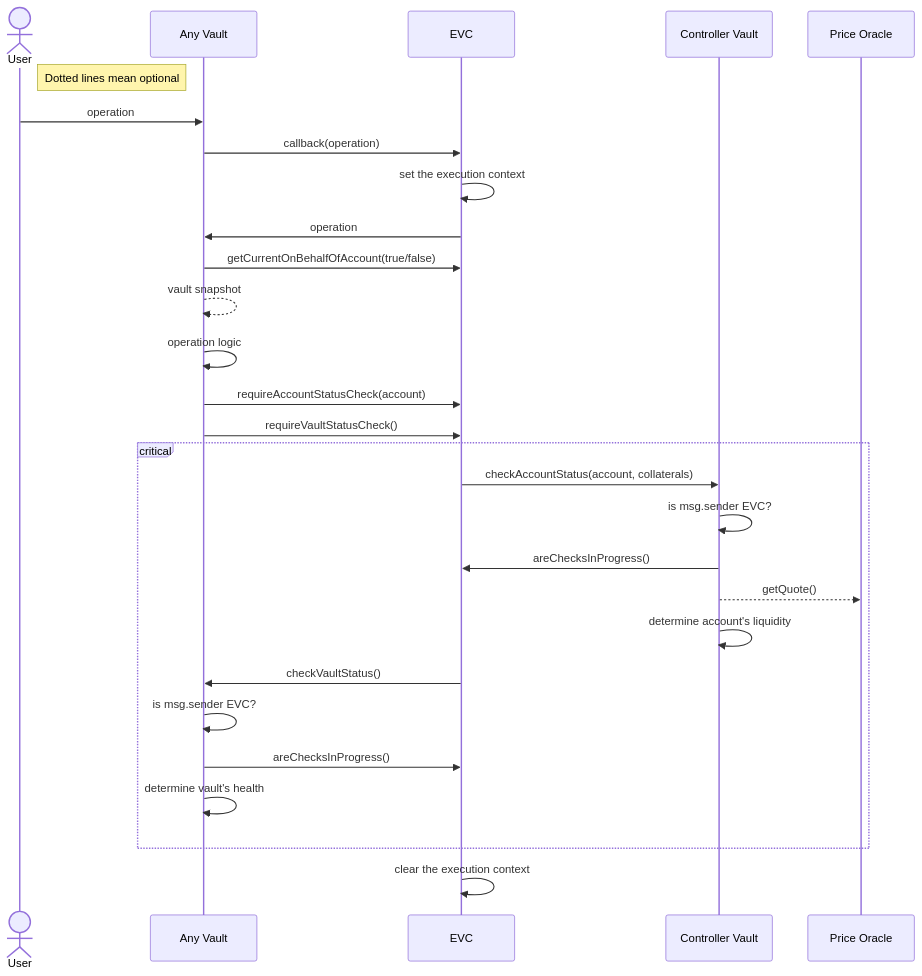
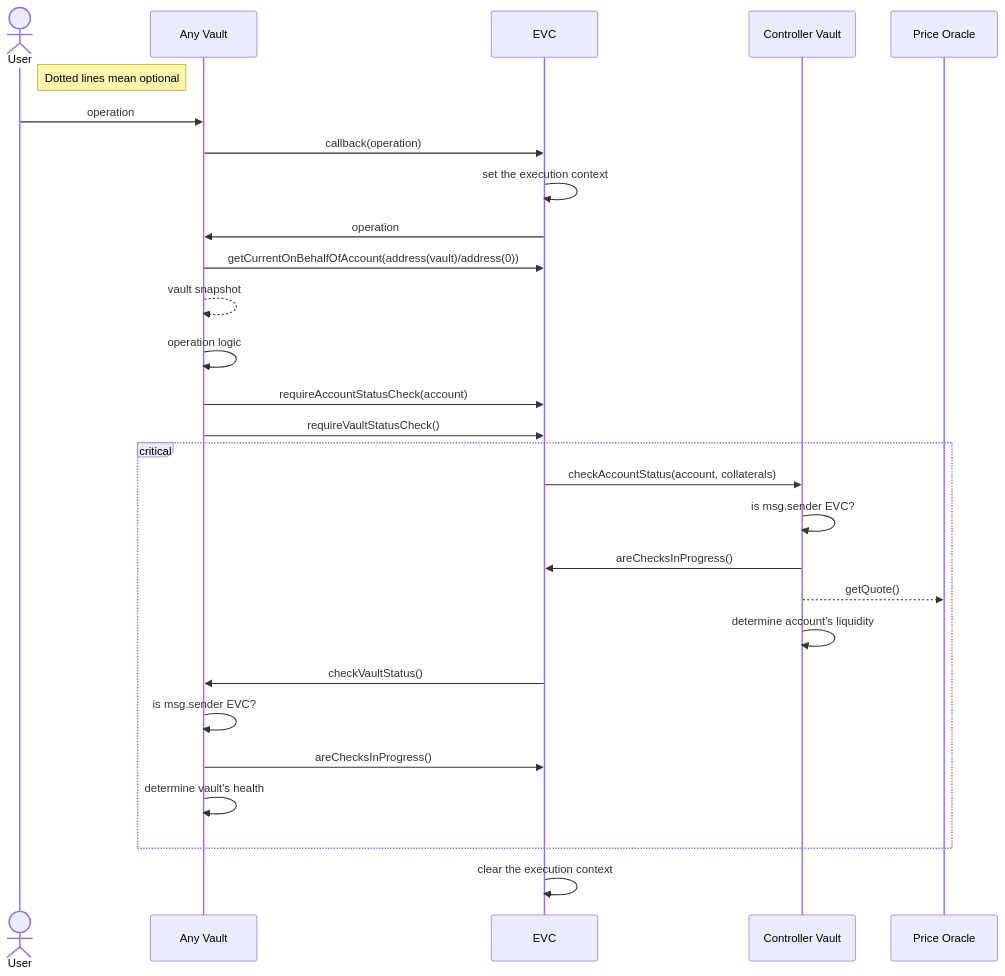
Before and after one commit to seinj0312/ethereum-vault-connector: the diagram in docs/diagrams/Direct Vault Interaction Sequence.md, drawn with Mermaid. The commit also changed 7 other files, not shown here.

````diff
--- a/docs/diagrams/Direct Vault Interaction Sequence.md
+++ b/docs/diagrams/Direct Vault Interaction Sequence.md
@@ -1,34 +1,34 @@
 ```mermaid
 sequenceDiagram
     actor User
     Note right of User: Dotted lines mean optional
     participant Any Vault
     participant EVC
     participant Controller Vault
     participant Price Oracle
 
     User->>Any Vault: operation
     Any Vault->>EVC: callback(operation)
     EVC->>EVC: set the execution context
     EVC->>Any Vault: operation
-    Any Vault->>EVC: getCurrentOnBehalfOfAccount(true/false)
+    Any Vault->>EVC: getCurrentOnBehalfOfAccount(address(vault)/address(0))
     Any Vault-->>Any Vault: vault snapshot
     Any Vault->>Any Vault: operation logic
     Any Vault->>EVC: requireAccountStatusCheck(account)
     Any Vault->>EVC: requireVaultStatusCheck()
 
     critical
         EVC->>Controller Vault: checkAccountStatus(account, collaterals)
         Controller Vault->>Controller Vault: is msg.sender EVC?
         Controller Vault->>EVC: areChecksInProgress()
         Controller Vault-->>Price Oracle: getQuote()
         Controller Vault->>Controller Vault: determine account's liquidity
 
         EVC->>Any Vault: checkVaultStatus()
         Any Vault->>Any Vault: is msg.sender EVC?
         Any Vault->>EVC: areChecksInProgress()
         Any Vault->>Any Vault: determine vault's health
     end
 
     EVC->>EVC: clear the execution context
 ```
````
